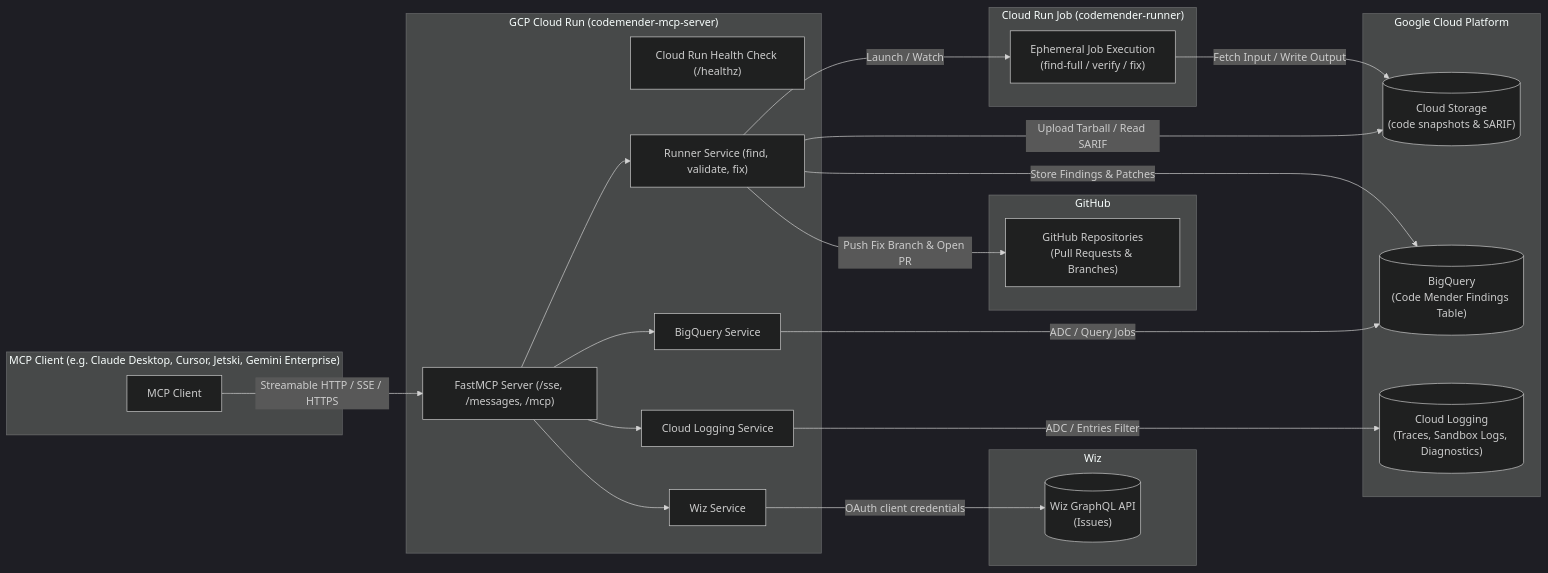
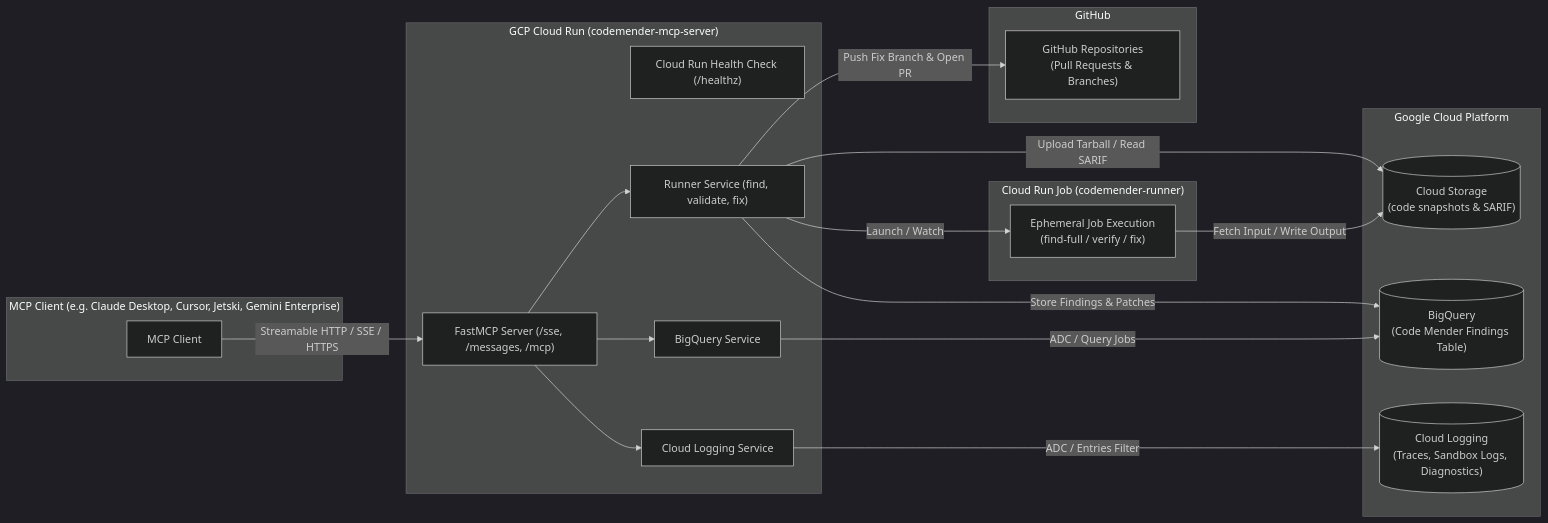
Before and after one commit to avnit/Lab07-codemender-deploy-02: the diagram in codemender-mcp/README.md, drawn with Mermaid (dark theme). The commit also changed other lines of this file and 13 other files, not shown here.

````diff
--- a/codemender-mcp/README.md
+++ b/codemender-mcp/README.md
@@ -9,47 +9,40 @@
 ```mermaid
 flowchart LR
     subgraph Client["MCP Client (e.g. Claude Desktop, Cursor, Jetski, Gemini Enterprise)"]
         A[MCP Client]
     end
 
     subgraph CloudRun["GCP Cloud Run (codemender-mcp-server)"]
         B["FastMCP Server (/sse, /messages, /mcp)"]
         C["Cloud Run Health Check (/healthz)"]
         R["Runner Service (find, validate, fix)"]
         D["BigQuery Service"]
         E["Cloud Logging Service"]
-        W["Wiz Service"]
         B --> R
         B --> D
         B --> E
-        B --> W
     end
 
     subgraph Runner["Cloud Run Job (codemender-runner)"]
         J["Ephemeral Job Execution\n(find-full / verify / fix)"]
         R -->|Launch / Watch| J
-    end
-
-    subgraph Wiz["Wiz"]
-        X[("Wiz GraphQL API\n(Issues)")]
-        W -->|OAuth client credentials| X
     end
 
     subgraph GCP["Google Cloud Platform"]
         S[("Cloud Storage\n(code snapshots & SARIF)")]
         F[("BigQuery\n(Code Mender Findings Table)")]
         G[("Cloud Logging\n(Traces, Sandbox Logs, Diagnostics)")]
         R -->|Upload Tarball / Read SARIF| S
         J -->|Fetch Input / Write Output| S
         R -->|Store Findings & Patches| F
         D -->|ADC / Query Jobs| F
         E -->|ADC / Entries Filter| G
     end
 
     subgraph GitHub["GitHub"]
         GH["GitHub Repositories\n(Pull Requests & Branches)"]
         R -->|Push Fix Branch & Open PR| GH
     end
 
     A -->|Streamable HTTP / SSE / HTTPS| B
 ```
````
